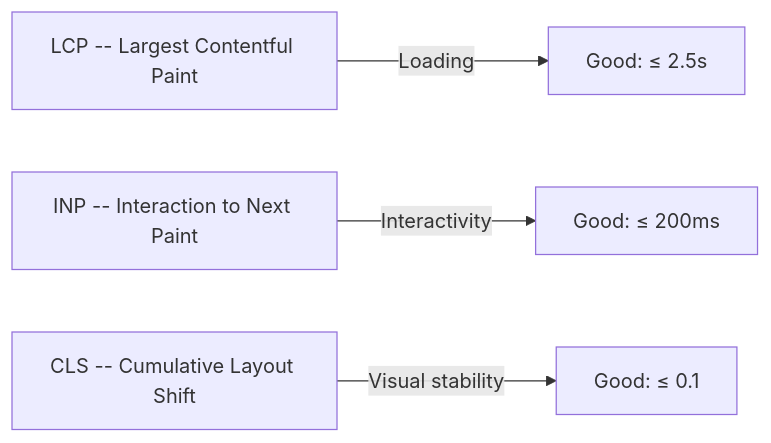
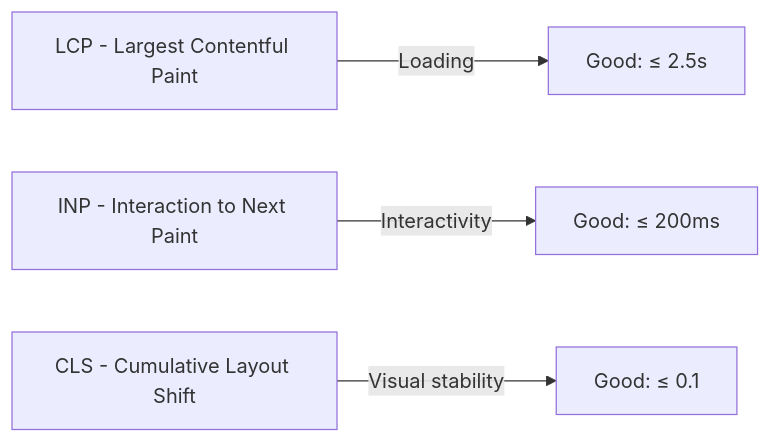
One commit to LucaNerlich/lucanerlich.com changed the first of 3 diagrams in docs/building-for-the-web/web-performance.md. Above: the diagram before and after it, drawn with Mermaid. The commit also changed other lines of this file and 226 other files, not shown here.

````diff
--- a/docs/building-for-the-web/web-performance.md
+++ b/docs/building-for-the-web/web-performance.md
@@ -24,10 +24,10 @@
 ```mermaid
 flowchart LR
-    LCP["LCP -- Largest Contentful Paint"]
-    INP["INP -- Interaction to Next Paint"]
-    CLS["CLS -- Cumulative Layout Shift"]
+    LCP["LCP - Largest Contentful Paint"]
+    INP["INP - Interaction to Next Paint"]
+    CLS["CLS - Cumulative Layout Shift"]
 
     LCP -->|"Loading"| Good1["Good: ≤ 2.5s"]
     INP -->|"Interactivity"| Good2["Good: ≤ 200ms"]
     CLS -->|"Visual stability"| Good3["Good: ≤ 0.1"]
 ```
````
